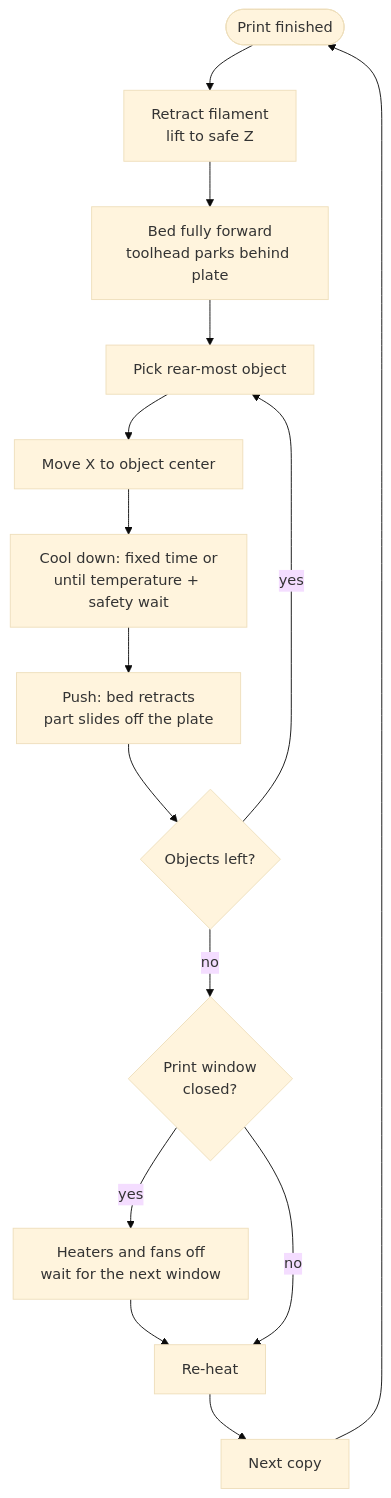
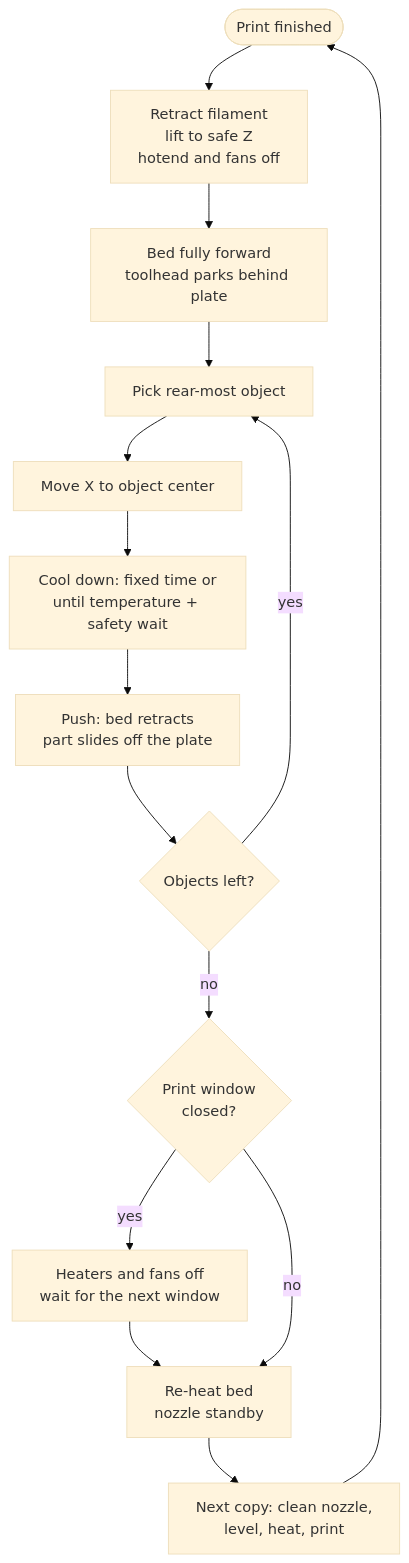
The diagram in docs/usage.md (joshmadison/plateloop), drawn with Mermaid (base theme) before and after one commit. The commit also changed other lines of this file and 5 other files, not shown here.

First line of the commit message:
Keep nozzle cleaning and wait for print temp on prints 2+

````diff
--- a/docs/usage.md
+++ b/docs/usage.md
@@ -45,17 +45,17 @@
 ```mermaid
 flowchart TD
-    A([Print finished]) --> B[Retract filament<br/>lift to safe Z]
+    A([Print finished]) --> B[Retract filament<br/>lift to safe Z<br/>hotend and fans off]
     B --> C[Bed fully forward<br/>toolhead parks behind plate]
     C --> D[Pick rear-most object]
     D --> E[Move X to object center]
     E --> F[Cool down: fixed time or<br/>until temperature + safety wait]
     F --> G[Push: bed retracts<br/>part slides off the plate]
     G --> H{Objects left?}
     H -- yes --> D
     H -- no --> W{Print window<br/>closed?}
     W -- yes --> X[Heaters and fans off<br/>wait for the next window]
     X --> I
-    W -- no --> I[Re-heat]
-    I --> J[Next copy]
+    W -- no --> I[Re-heat bed<br/>nozzle standby]
+    I --> J[Next copy: clean nozzle,<br/>level, heat, print]
     J --> A
 ```
````
